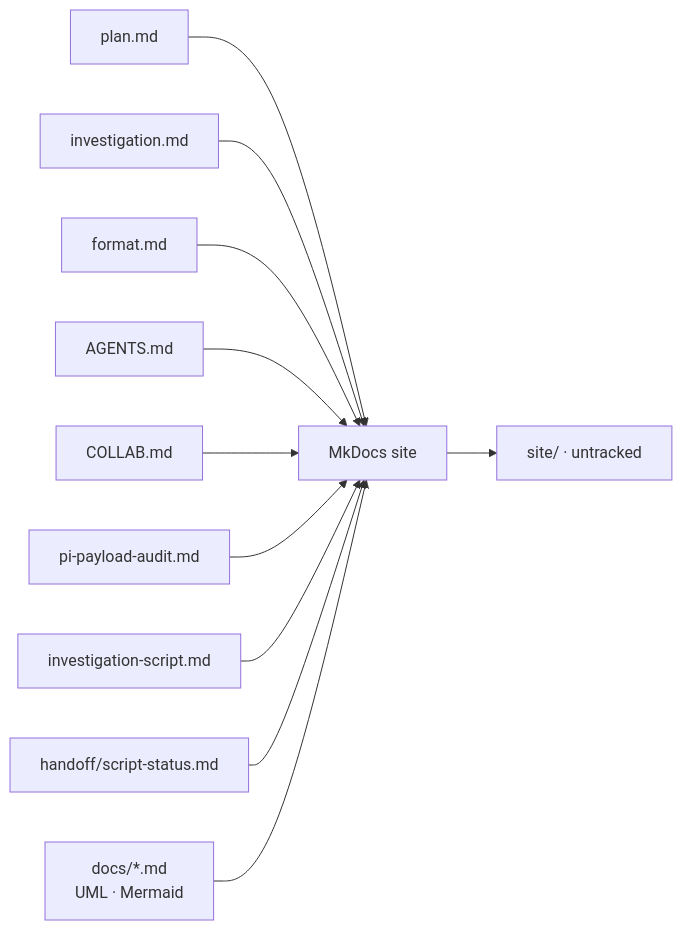
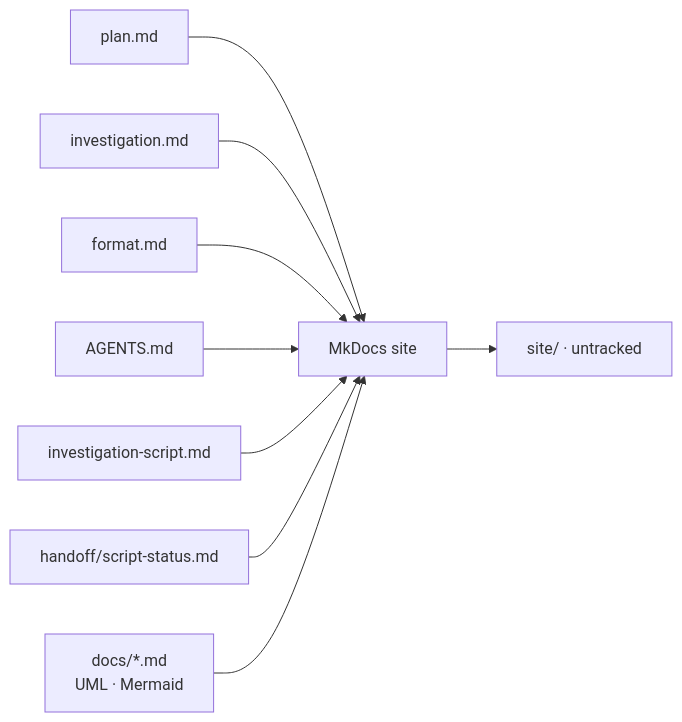
The first of 2 diagrams in docs/living.md (lynxnathan/rage-tools-vi), drawn with Mermaid before and after one commit. The commit also changed 8 other files, not shown here.

````diff
--- a/docs/living.md
+++ b/docs/living.md
@@ -8,13 +8,11 @@
 ```mermaid
 flowchart LR
     PLAN[plan.md] --> SITE[MkDocs site]
     INV[investigation.md] --> SITE
     FMT[format.md] --> SITE
     AG[AGENTS.md] --> SITE
-    CO[COLLAB.md] --> SITE
-    AUD[pi-payload-audit.md] --> SITE
     SJ[investigation-script.md] --> SITE
     ST[handoff/script-status.md] --> SITE
     DIAG[docs/*.md<br/>UML · Mermaid] --> SITE
     SITE --> HTML[site/ · untracked]
 ```
````
